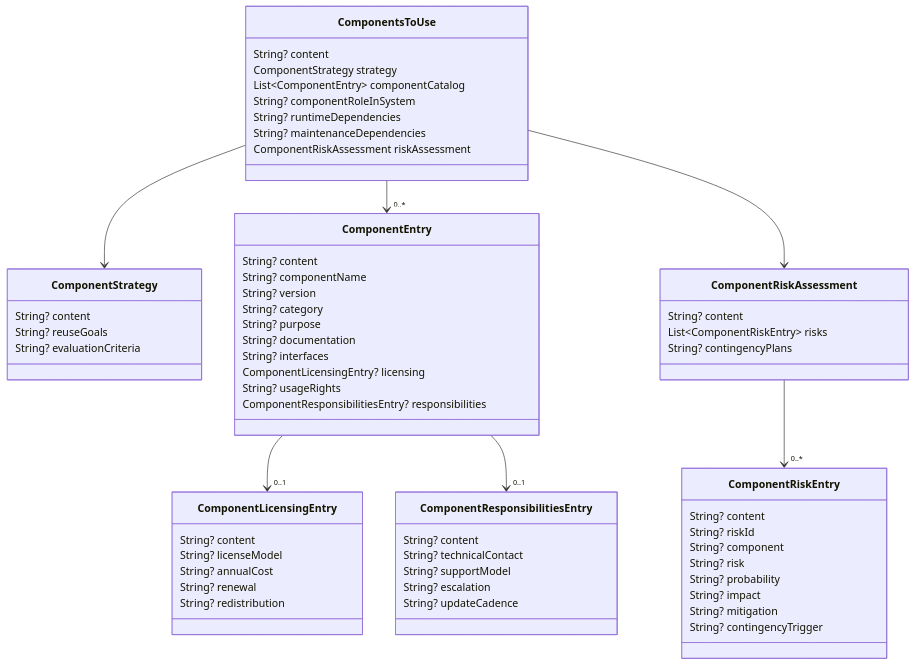
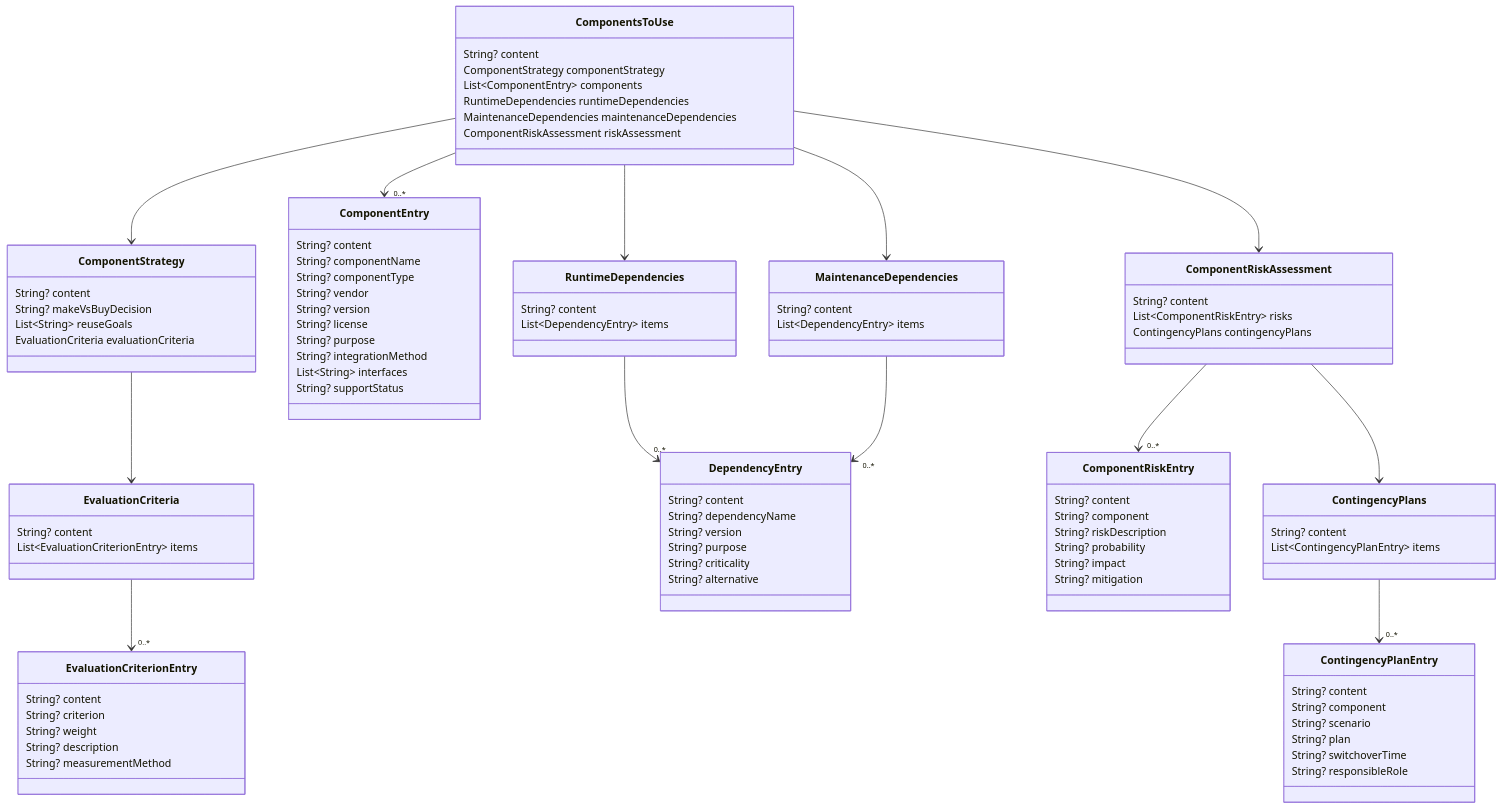
One commit to al-the-bear/tom_ai_build changed diagram 20 of 22 in tom_specs_model/doc/pd_project_definition_model.md. Above: the diagram before and after it, drawn with Mermaid. The commit also changed other lines of this file and 15 other files, not shown here.

````diff
--- a/tom_specs_model/doc/pd_project_definition_model.md
+++ b/tom_specs_model/doc/pd_project_definition_model.md
@@ -1322,70 +1668,104 @@
 classDiagram
     class ComponentsToUse {
         String? content
-        ComponentStrategy strategy
-        List~ComponentEntry~ componentCatalog
-        String? componentRoleInSystem
-        String? runtimeDependencies
-        String? maintenanceDependencies
+        ComponentStrategy componentStrategy
+        List~ComponentEntry~ components
+        RuntimeDependencies runtimeDependencies
+        MaintenanceDependencies maintenanceDependencies
         ComponentRiskAssessment riskAssessment
     }
 
     class ComponentStrategy {
         String? content
-        String? reuseGoals
-        String? evaluationCriteria
+        String? makeVsBuyDecision
+        List~String~ reuseGoals
+        EvaluationCriteria evaluationCriteria
+    }
+
+    class EvaluationCriteria {
+        String? content
+        List~EvaluationCriterionEntry~ items
+    }
+
+    class EvaluationCriterionEntry {
+        String? content
+        String? criterion
+        String? weight
+        String? description
+        String? measurementMethod
     }
 
     class ComponentEntry {
         String? content
         String? componentName
+        String? componentType
+        String? vendor
         String? version
-        String? category
+        String? license
         String? purpose
-        String? documentation
-        String? interfaces
-        ComponentLicensingEntry? licensing
-        String? usageRights
-        ComponentResponsibilitiesEntry? responsibilities
+        String? integrationMethod
+        List~String~ interfaces
+        String? supportStatus
     }
 
-    class ComponentLicensingEntry {
+    class RuntimeDependencies {
         String? content
-        String? licenseModel
-        String? annualCost
-        String? renewal
-        String? redistribution
+        List~DependencyEntry~ items
     }
 
-    class ComponentResponsibilitiesEntry {
+    class MaintenanceDependencies {
         String? content
-        String? technicalContact
-        String? supportModel
-        String? escalation
-        String? updateCadence
+        List~DependencyEntry~ items
+    }
+
+    class DependencyEntry {
+        String? content
+        String? dependencyName
+        String? version
+        String? purpose
+        String? criticality
+        String? alternative
     }
 
     class ComponentRiskAssessment {
         String? content
         List~ComponentRiskEntry~ risks
-        String? contingencyPlans
+        ContingencyPlans contingencyPlans
     }
 
     class ComponentRiskEntry {
         String? content
-        String? riskId
         String? component
-        String? risk
+        String? riskDescription
         String? probability
         String? impact
         String? mitigation
-        String? contingencyTrigger
+    }
+
+    class ContingencyPlans {
+        String? content
+        List~ContingencyPlanEntry~ items
+    }
+
+    class ContingencyPlanEntry {
+        String? content
+        String? component
+        String? scenario
+        String? plan
+        String? switchoverTime
+        String? responsibleRole
     }
 
     ComponentsToUse --> ComponentStrategy
     ComponentsToUse --> "0..*" ComponentEntry
+    ComponentsToUse --> RuntimeDependencies
+    ComponentsToUse --> MaintenanceDependencies
     ComponentsToUse --> ComponentRiskAssessment
-    ComponentEntry --> "0..1" ComponentLicensingEntry
-    ComponentEntry --> "0..1" ComponentResponsibilitiesEntry
+    ComponentStrategy --> EvaluationCriteria
+    EvaluationCriteria --> "0..*" EvaluationCriterionEntry
+    RuntimeDependencies --> "0..*" DependencyEntry
+    MaintenanceDependencies --> "0..*" DependencyEntry
     ComponentRiskAssessment --> "0..*" ComponentRiskEntry
+    ComponentRiskAssessment --> ContingencyPlans
+    ContingencyPlans --> "0..*" ContingencyPlanEntry
 ```
````
